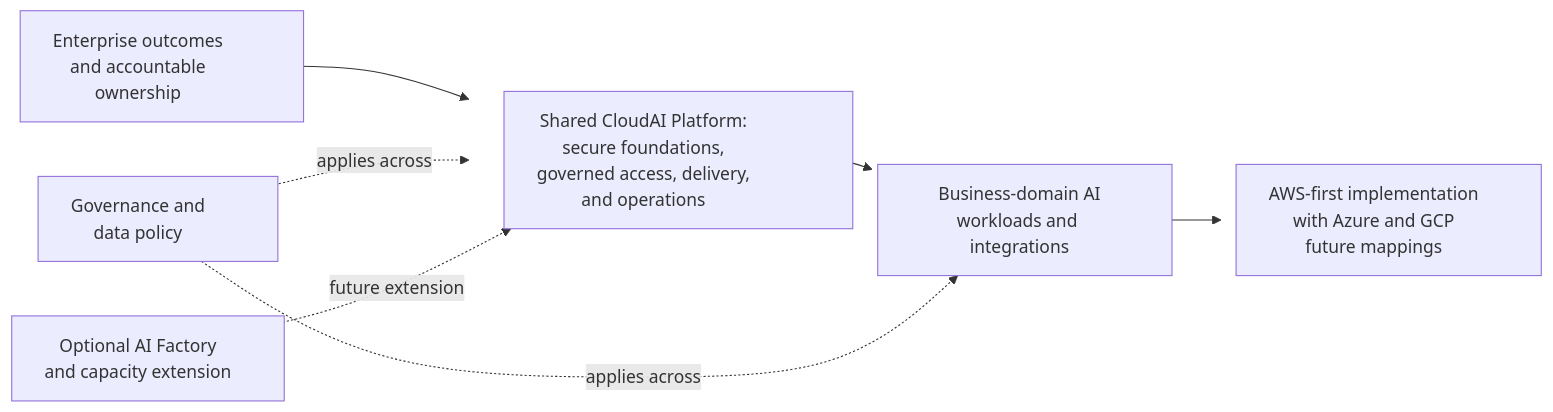
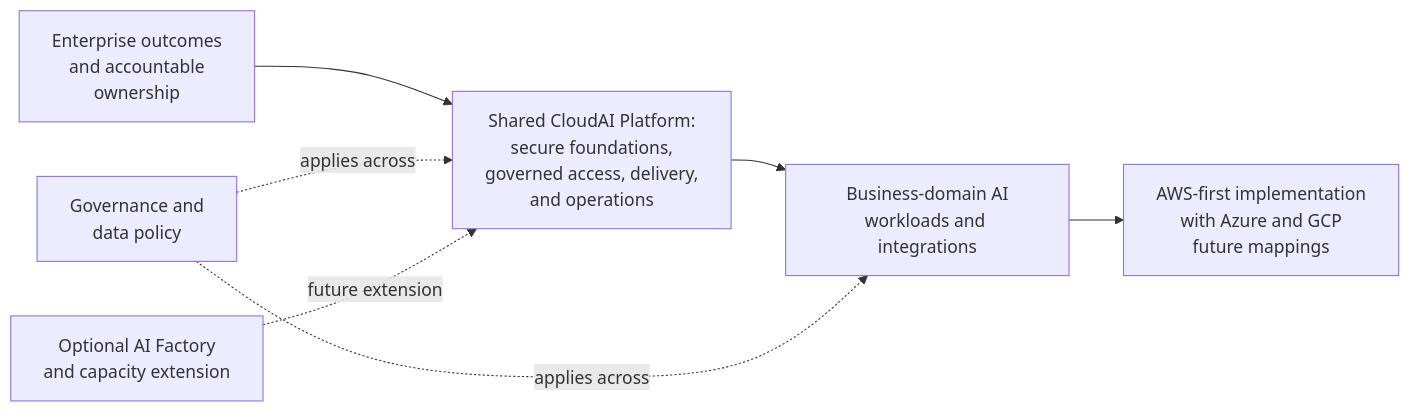
Before and after one commit to afaryy/cloudai-platform: the diagram in README.md, drawn with Mermaid. The commit also changed 1 other file, not shown here.

Commit message:
docs: rely on Mermaid label sizing

````diff
--- a/README.md
+++ b/README.md
@@ -15,21 +15,15 @@
 ```mermaid
 flowchart LR
   context["Enterprise outcomes<br/>and accountable<br/>ownership"]
   policy["Governance and<br/>data policy"]
   platform["Shared CloudAI Platform:<br/>secure foundations,<br/>governed access, delivery,<br/>and operations"]
   workloads["Business-domain AI<br/>workloads and integrations"]
   providers["AWS-first implementation<br/>with Azure and GCP<br/>future mappings"]
   capacity["Optional AI Factory<br/>and capacity extension"]
 
   context --> platform --> workloads --> providers
   policy -. "applies across" .-> platform
   policy -. "applies across" .-> workloads
   capacity -. "future extension" .-> platform
 
-  style context width:260px
-  style policy width:220px
-  style platform width:320px
-  style workloads width:270px
-  style providers width:280px
-  style capacity width:250px
 ```
````
